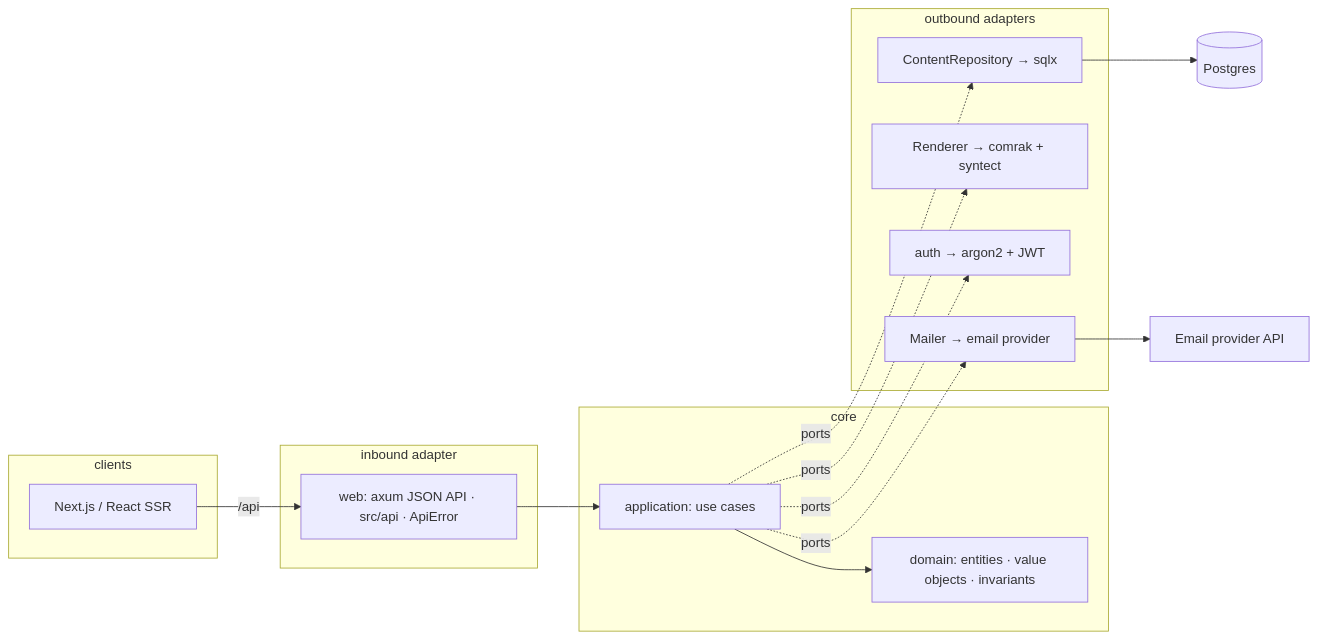
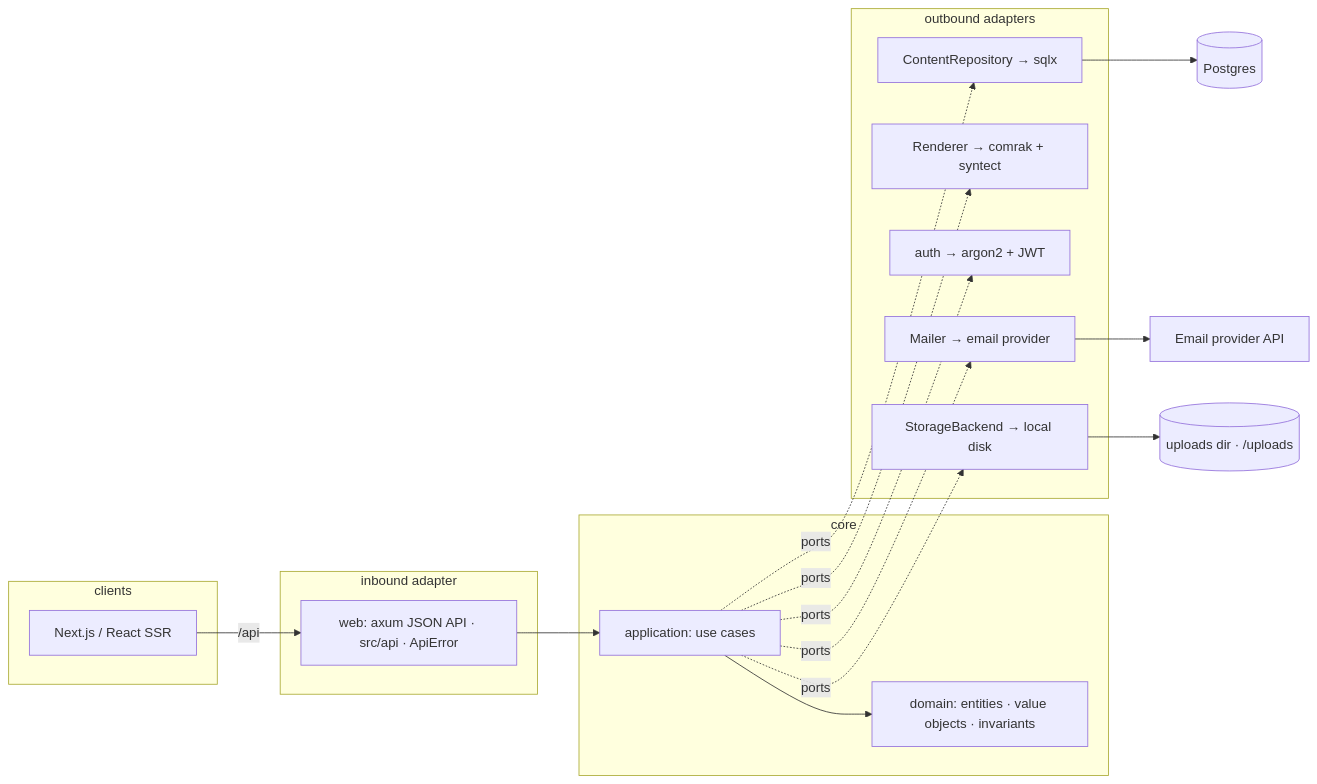
The second of 5 diagrams in docs/ARCHITECTURE.md (genuinebnt/genuine.dev), drawn with Mermaid before and after one commit. The commit also changed other lines of this file and 49 other files, not shown here.

````diff
--- a/docs/ARCHITECTURE.md
+++ b/docs/ARCHITECTURE.md
@@ -47,28 +47,31 @@
 ```mermaid
 flowchart LR
     subgraph clients [clients]
         spa[Next.js / React SSR]
     end
     subgraph inbound [inbound adapter]
         web[web: axum JSON API · src/api · ApiError]
     end
     subgraph core [core]
         app[application: use cases]
         domain[domain: entities · value objects · invariants]
     end
     subgraph outbound [outbound adapters]
         repo[ContentRepository → sqlx]
         render[Renderer → comrak + syntect]
         auth[auth → argon2 + JWT]
         mailer[Mailer → email provider]
+        storage[StorageBackend → local disk]
     end
     spa -->|/api| web
     web --> app
     app --> domain
     app -. ports .-> repo
     app -. ports .-> render
     app -. ports .-> auth
     app -. ports .-> mailer
+    app -. ports .-> storage
     repo --> pg[(Postgres)]
     mailer --> provider[Email provider API]
+    storage --> uploads[(uploads dir · /uploads)]
 ```
````
